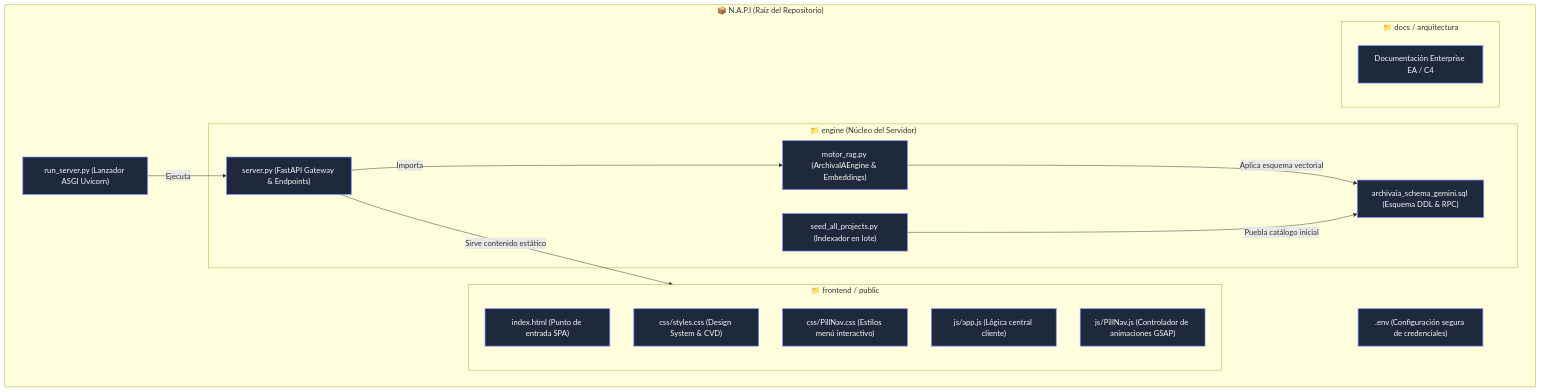
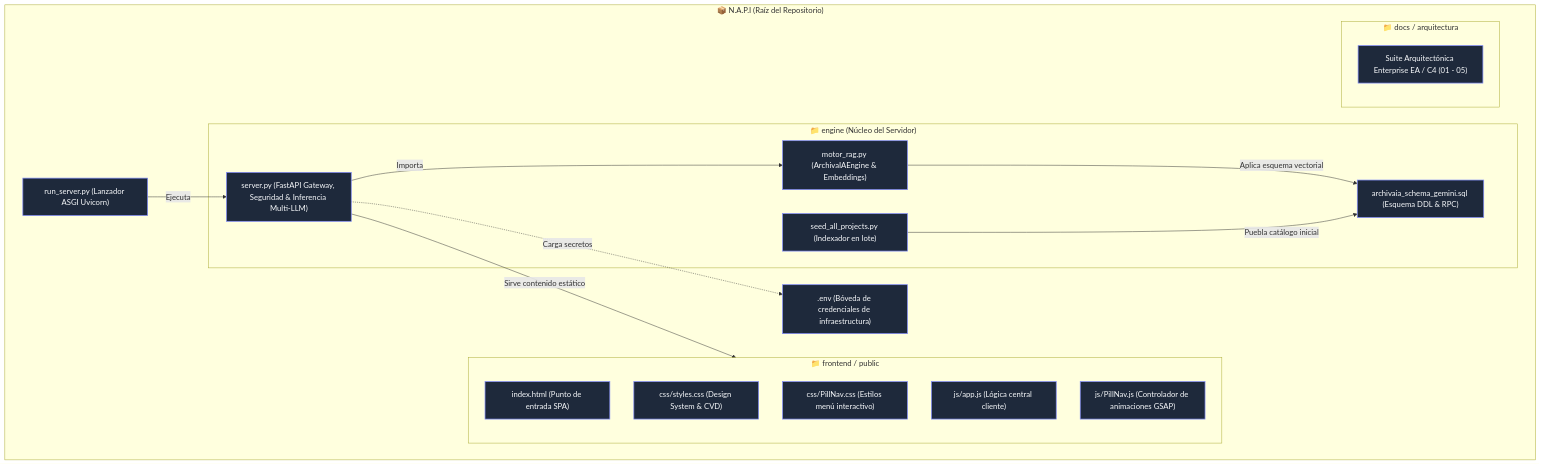
The first of 2 diagrams in docs/arquitectura/05_diagrama_estructura.md (MemoryTesis2026/N.A.P.I), drawn with Mermaid before and after one commit. The commit also changed other lines of this file and 6 other files, not shown here.

````diff
--- a/docs/arquitectura/05_diagrama_estructura.md
+++ b/docs/arquitectura/05_diagrama_estructura.md
@@ -10,37 +10,38 @@
 ```mermaid
 graph TB
     %% Definición de Estilos
     classDef pkgStyle fill:#0f172a,stroke:#38bdf8,stroke-width:2px,color:#f8fafc;
     classDef classStyle fill:#1e293b,stroke:#818cf8,stroke-width:1.5px,color:#f8fafc;
 
     subgraph Pkg_Root ["📦 N.A.P.I (Raíz del Repositorio)"]
         
         subgraph Pkg_Frontend ["📁 frontend / public"]
             File_Index["index.html (Punto de entrada SPA)"]:::classStyle
             File_Styles["css/styles.css (Design System & CVD)"]:::classStyle
             File_PillNavCSS["css/PillNav.css (Estilos menú interactivo)"]:::classStyle
             File_AppJS["js/app.js (Lógica central cliente)"]:::classStyle
             File_PillNavJS["js/PillNav.js (Controlador de animaciones GSAP)"]:::classStyle
         end
 
         subgraph Pkg_Engine ["📁 engine (Núcleo del Servidor)"]
-            File_Server["server.py (FastAPI Gateway & Endpoints)"]:::classStyle
+            File_Server["server.py (FastAPI Gateway, Seguridad & Inferencia Multi-LLM)"]:::classStyle
             File_MotorRAG["motor_rag.py (ArchivaIAEngine & Embeddings)"]:::classStyle
             File_Seed["seed_all_projects.py (Indexador en lote)"]:::classStyle
             File_Schema["archivaia_schema_gemini.sql (Esquema DDL & RPC)"]:::classStyle
         end
 
         subgraph Pkg_Docs ["📁 docs / arquitectura"]
-            File_ArchDocs["Documentación Enterprise EA / C4"]:::classStyle
+            File_ArchDocs["Suite Arquitectónica Enterprise EA / C4 (01 - 05)"]:::classStyle
         end
 
         File_RunServer["run_server.py (Lanzador ASGI Uvicorn)"]:::classStyle
-        File_Env[".env (Configuración segura de credenciales)"]:::classStyle
+        File_Env[".env (Bóveda de credenciales de infraestructura)"]:::classStyle
     end
 
     File_RunServer -->|"Ejecuta"| File_Server
     File_Server -->|"Importa"| File_MotorRAG
     File_Server -->|"Sirve contenido estático"| Pkg_Frontend
     File_MotorRAG -->|"Aplica esquema vectorial"| File_Schema
     File_Seed -->|"Puebla catálogo inicial"| File_Schema
+    File_Server -.->|"Carga secretos"| File_Env
 ```
````
